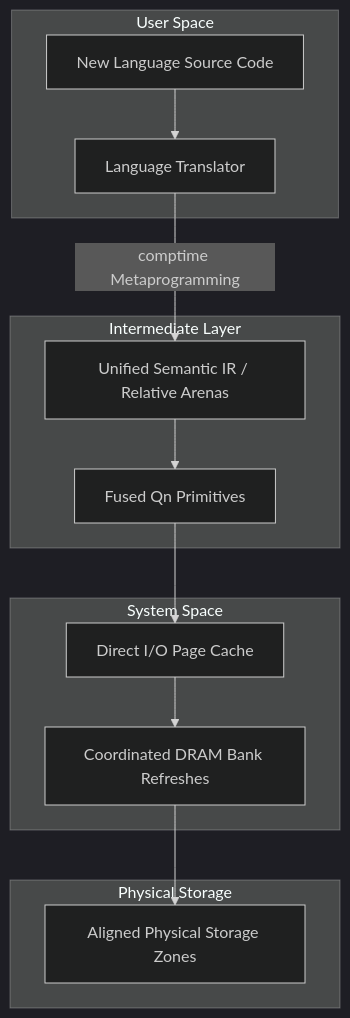
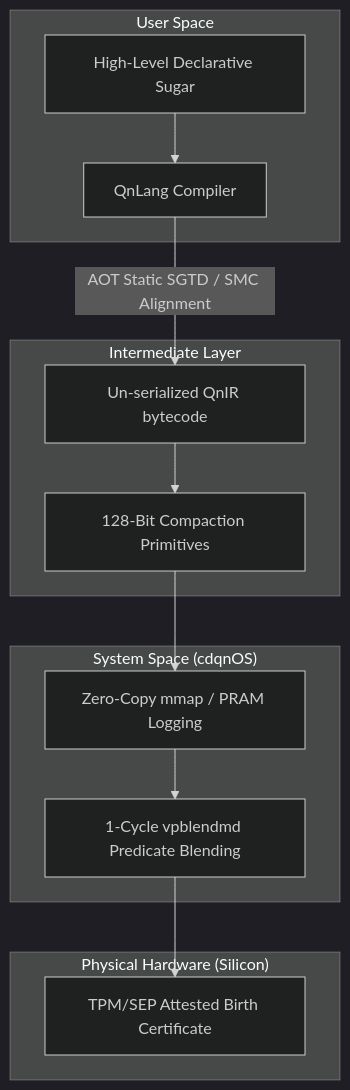
The diagram in README.md (cdqn5249/cdqn), drawn with Mermaid (dark theme) before and after one commit. The commit also changed other lines of this file, not shown here.

````diff
--- a/README.md
+++ b/README.md
@@ -24,17 +24,17 @@
 ```mermaid
 graph TD
     subgraph user_space ["User Space"]
-        A[New Language Source Code] --> B[Language Translator]
+        A[High-Level Declarative Sugar] --> B[QnLang Compiler]
     end
     subgraph compiler_layer ["Intermediate Layer"]
-        B -->|comptime Metaprogramming| C[Unified Semantic IR / Relative Arenas]
-        C --> D[Fused Qn Primitives]
+        B -->|AOT Static SGTD / SMC Alignment| C[Un-serialized QnIR bytecode]
+        C --> D[128-Bit Compaction Primitives]
     end
-    subgraph kernel_space ["System Space"]
-        D --> E[Direct I/O Page Cache]
-        E --> F[Coordinated DRAM Bank Refreshes]
+    subgraph kernel_space ["System Space (cdqnOS)"]
+        D --> E[Zero-Copy mmap / PRAM Logging]
+        E --> F[1-Cycle vpblendmd Predicate Blending]
     end
-    subgraph physical_storage ["Physical Storage"]
-        F --> G[Aligned Physical Storage Zones]
+    subgraph physical_storage ["Physical Hardware (Silicon)"]
+        F --> G[TPM/SEP Attested Birth Certificate]
     end
 ```
````
